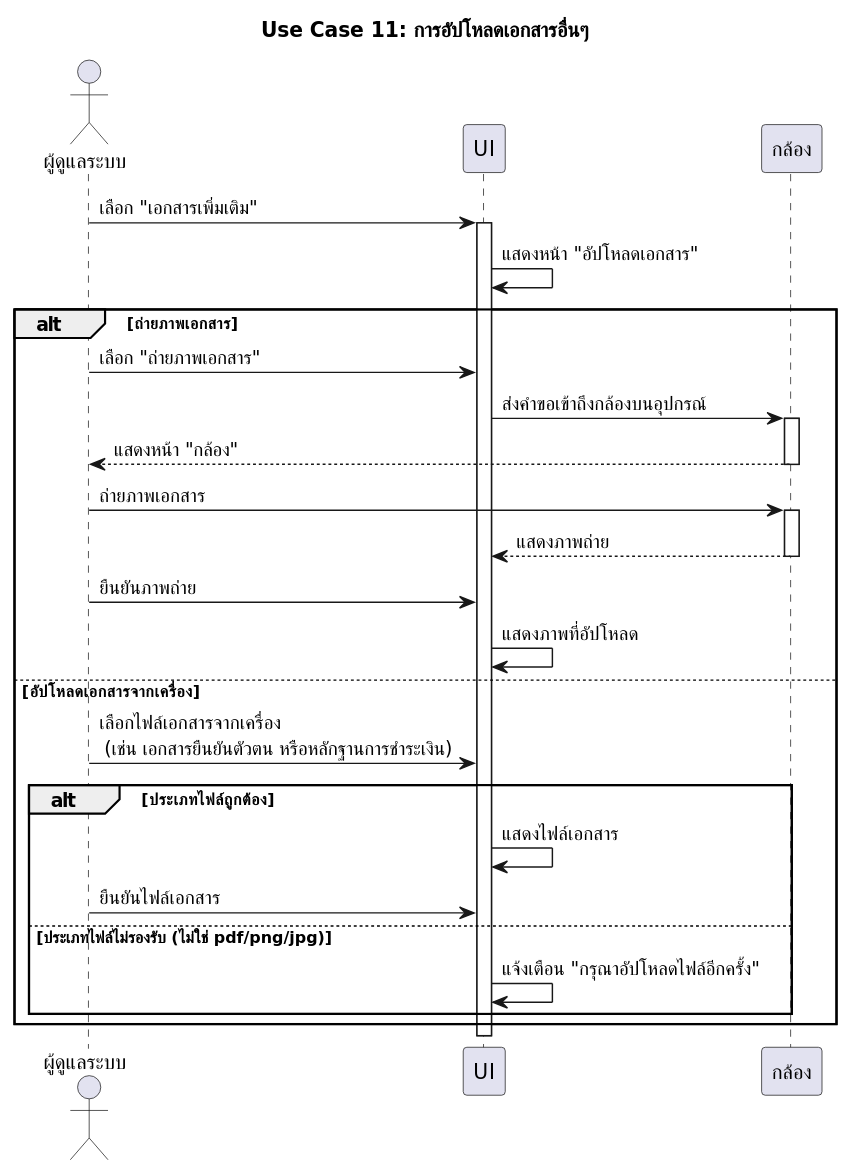
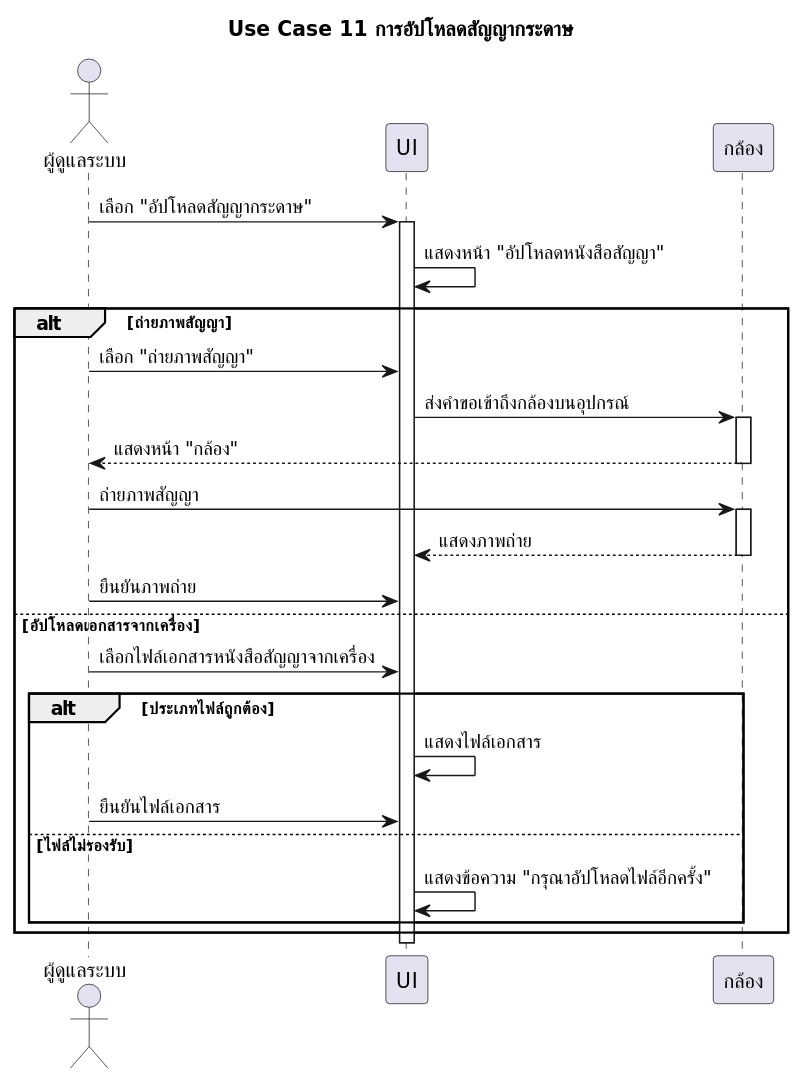
One commit to warinyang/UML-monthly-room-rent changed the diagram in usecase11_upload_contract_paper.plantuml. Above: the diagram before and after it, drawn with PlantUML. The commit also changed other lines of this file and 4 other files, not shown here.

```diff
--- a/usecase11_upload_contract_paper.plantuml
+++ b/usecase11_upload_contract_paper.plantuml
@@ -1,37 +1,39 @@
-@startuml Use Case 10: การอัปโหลดสัญญากระดาษ
-title Use Case 11: การอัปโหลดเอกสารอื่นๆ
+@startuml use case 11 การอัปโหลดสัญญากระดาษ
+title Use Case 11 การอัปโหลดสัญญากระดาษ
 skinparam defaultFontName "TH Sarabun New"
 
 actor "ผู้ดูแลระบบ" as Admin
 participant "UI" as UI
 participant "กล้อง" as Camera
 
-Admin -> UI      : เลือก "เอกสารเพิ่มเติม"
+Admin -> UI      : เลือก "อัปโหลดสัญญากระดาษ"
 activate UI
-UI -> UI         : แสดงหน้า "อัปโหลดเอกสาร"
+UI -> UI: แสดงหน้า "อัปโหลดหนังสือสัญญา"
 
-alt ถ่ายภาพเอกสาร
-    Admin -> UI       : เลือก "ถ่ายภาพเอกสาร"
-    UI -> Camera      : ส่งคำขอเข้าถึงกล้องบนอุปกรณ์
+alt ถ่ายภาพสัญญา
+    Admin -> UI  : เลือก "ถ่ายภาพสัญญา"
+    UI -> Camera: ส่งคำขอเข้าถึงกล้องบนอุปกรณ์
     activate Camera
-    Camera --> Admin  : แสดงหน้า "กล้อง"
+    Camera --> Admin: แสดงหน้า "กล้อง"
     deactivate Camera
 
-    Admin -> Camera   : ถ่ายภาพเอกสาร
+    Admin -> Camera: ถ่ายภาพสัญญา
     activate Camera
-    Camera --> UI     : แสดงภาพถ่าย
+
+    Camera --> UI: แสดงภาพถ่าย
     deactivate Camera
-
-    Admin -> UI       : ยืนยันภาพถ่าย
-    UI -> UI          : แสดงภาพที่อัปโหลด
+    Admin -> UI: ยืนยันภาพถ่าย
 
 else อัปโหลดเอกสารจากเครื่อง
-    Admin -> UI       : เลือกไฟล์เอกสารจากเครื่อง \n (เช่น เอกสารยืนยันตัวตน หรือหลักฐานการชำระเงิน)
+    Admin -> UI      : เลือกไฟล์เอกสารหนังสือสัญญาจากเครื่อง
+
     alt ประเภทไฟล์ถูกต้อง
-        UI -> UI      : แสดงไฟล์เอกสาร
-        Admin -> UI   : ยืนยันไฟล์เอกสาร
-    else ประเภทไฟล์ไม่รองรับ (ไม่ใช่ pdf/png/jpg)
-        UI -> UI      : แจ้งเตือน "กรุณาอัปโหลดไฟล์อีกครั้ง"
+        UI -> UI : แสดงไฟล์เอกสาร
+        Admin -> UI: ยืนยันไฟล์เอกสาร
+    else ไฟล์ไม่รองรับ
+        UI->UI : แสดงข้อความ "กรุณาอัปโหลดไฟล์อีกครั้ง"
     end
+
 end
+deactivate UI
 @enduml
```
